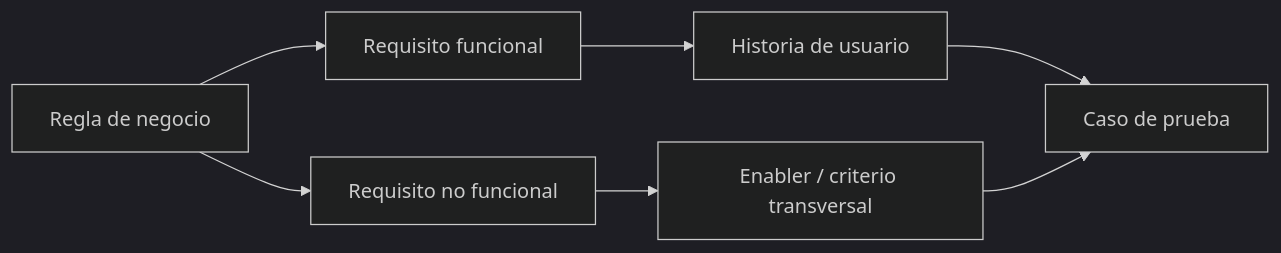
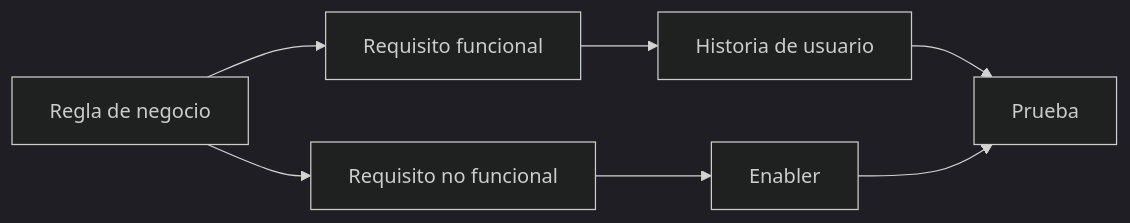
One commit to DartBlackLink/PFA changed the diagram in docs/01 Inicio/09. Reglas de negocio V_1_0_0.md. Above: the diagram before and after it, drawn with Mermaid (dark theme). The commit also changed other lines of this file and 17 other files, not shown here.

````diff
--- a/docs/01 Inicio/09. Reglas de negocio V_1_0_0.md
+++ b/docs/01 Inicio/09. Reglas de negocio V_1_0_0.md
@@ -57,9 +54,9 @@
 ```mermaid
 flowchart LR
     RN[Regla de negocio] --> RF[Requisito funcional]
     RN --> RNF[Requisito no funcional]
     RF --> US[Historia de usuario]
-    RNF --> EN[Enabler / criterio transversal]
-    US --> CP[Caso de prueba]
-    EN --> CP
+    RNF --> EN[Enabler]
+    US --> TEST[Prueba]
+    EN --> TEST
 ```
````
